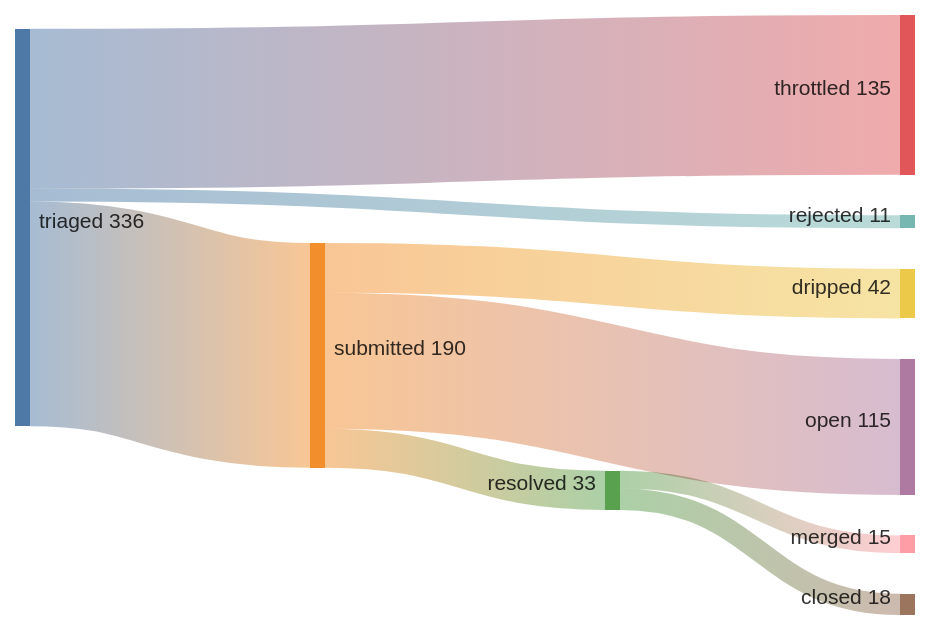
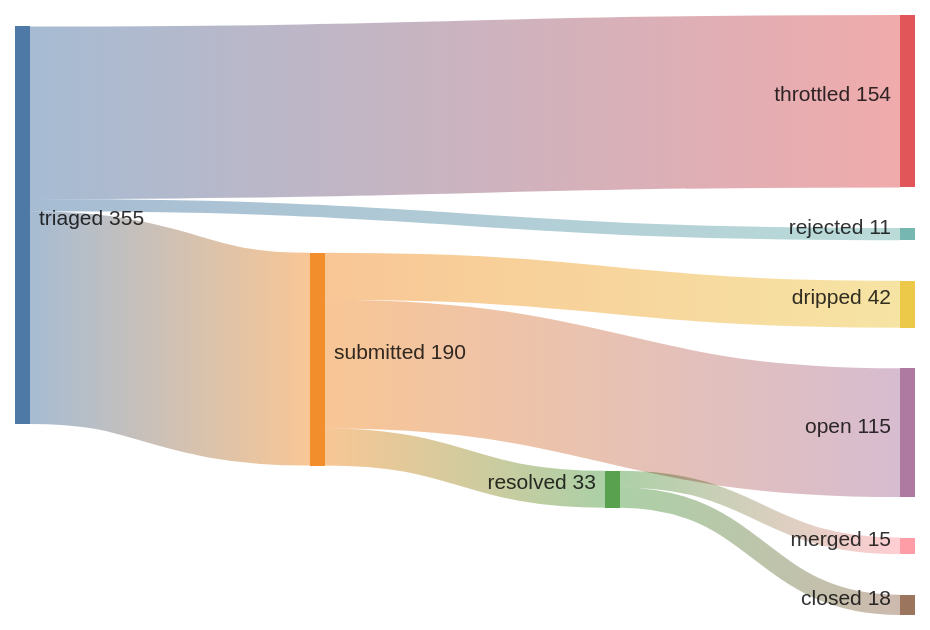
The diagram in README.md (kimjune01/kimjune01), drawn with Mermaid before and after one commit. The commit also changed other lines of this file and 1 other file, not shown here.

Commit message:
stats: 15/33 = 45% (04:21 UTC)

````diff
--- a/README.md
+++ b/README.md
@@ -3,11 +3,11 @@
 ```mermaid
 sankey-beta
     triaged,    submitted, 190
-    triaged,    throttled, 135
+    triaged,    throttled, 154
     triaged,    rejected,  11
     submitted,  resolved,  33
     submitted,  dripped,   42
     submitted,  open,      115
     resolved,   merged,    15
     resolved,   closed,    18
 ```
````
